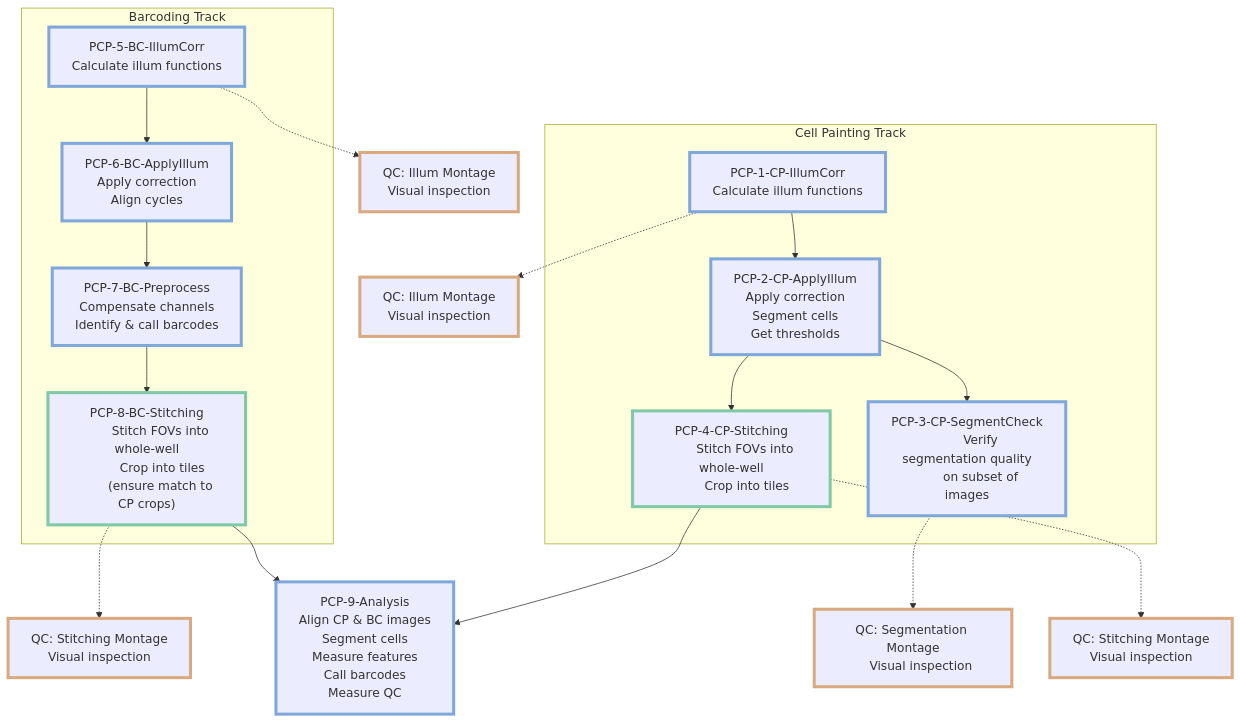
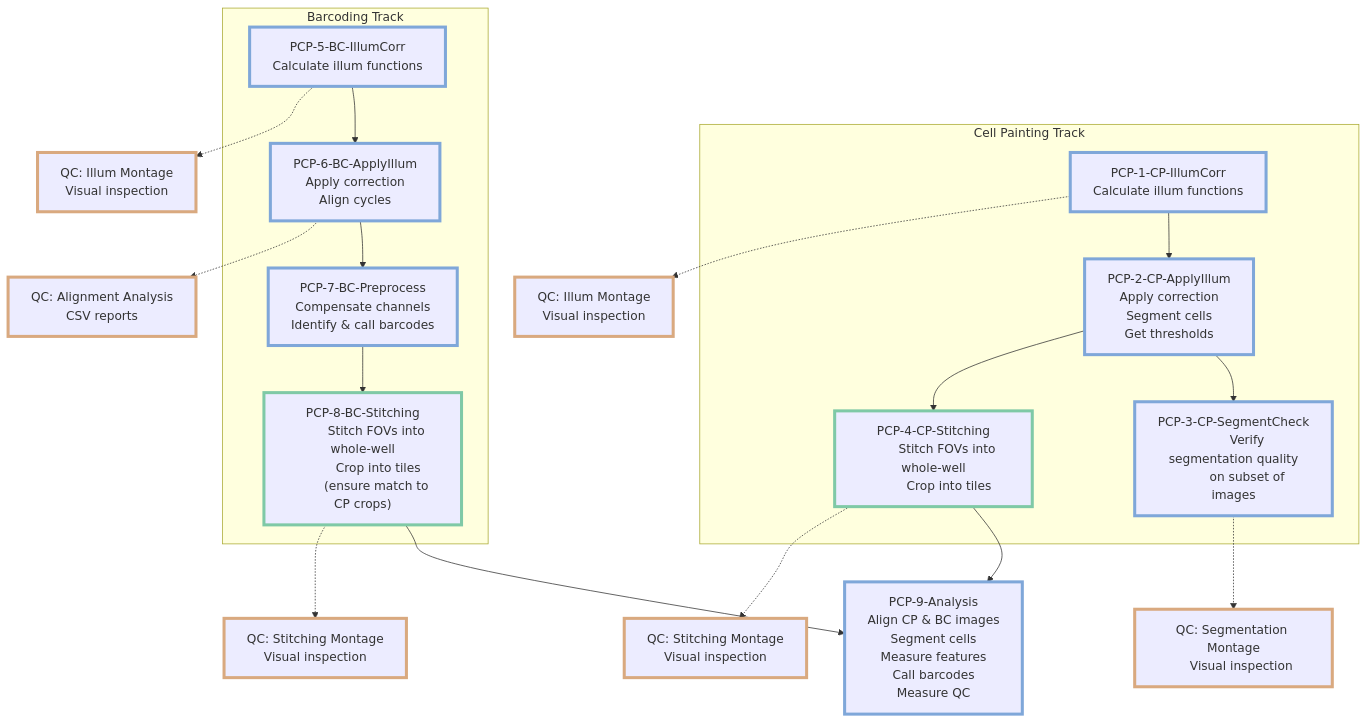
One commit to broadinstitute/nf-pooled-cellpainting-assets changed the diagram in pcpip/README.md. Above: the diagram before and after it, drawn with Mermaid. The commit also changed other lines of this file and 4 other files, not shown here.

First line of the commit message:
feat: add Pipeline 6 QC for barcode alignment analysis

````diff
--- a/pcpip/README.md
+++ b/pcpip/README.md
@@ -100,64 +100,67 @@
 ```mermaid
 flowchart TD
     %% Main pipelines with detailed descriptions
     subgraph "Cell Painting Track"
         PCP1["PCP-1-CP-IllumCorr
         Calculate illum functions"] -->
         PCP2["PCP-2-CP-ApplyIllum
         Apply correction
         Segment cells
         Get thresholds"] -->
         PCP3["PCP-3-CP-SegmentCheck
         Verify segmentation quality
         on subset of images"]
         PCP2 --> PCP4["PCP-4-CP-Stitching
         Stitch FOVs into whole-well
         Crop into tiles"]
     end
 
     subgraph "Barcoding Track"
         PCP5["PCP-5-BC-IllumCorr
         Calculate illum functions"] -->
         PCP6["PCP-6-BC-ApplyIllum
         Apply correction
         Align cycles"] -->
         PCP7["PCP-7-BC-Preprocess
         Compensate channels
         Identify & call barcodes"] -->
         PCP8["PCP-8-BC-Stitching
         Stitch FOVs into whole-well
         Crop into tiles
         (ensure match to CP crops)"]
     end
 
     PCP4 & PCP8 --> PCP9["PCP-9-Analysis
         Align CP & BC images
         Segment cells
         Measure features
         Call barcodes
         Measure QC"]
 
     PCP1 -.-> QC1["QC: Illum Montage
     Visual inspection"]
 
     PCP3 -.-> QC3["QC: Segmentation Montage
     Visual inspection"]
 
     PCP4 -.-> QC4["QC: Stitching Montage
     Visual inspection"]
 
     PCP5 -.-> QC5["QC: Illum Montage
     Visual inspection"]
 
+    PCP6 -.-> QC6["QC: Alignment Analysis
+    CSV reports"]
+
     PCP8 -.-> QC8["QC: Stitching Montage
     Visual inspection"]
 
     %% Processing platforms
     classDef cellprofiler stroke:#7fa7d9,stroke-width:4px;
     classDef fiji stroke:#7fc9a6,stroke-width:4px;
     classDef qc stroke:#d9a97f,stroke-width:4px;
 
     class PCP1,PCP2,PCP3,PCP5,PCP6,PCP7,PCP7A,PCP8Y,PCP9,PCP6A cellprofiler
     class PCP4,PCP8,PCP8Z fiji
-    class QC1,QC3,QC4,QC5,QC8 qc
+    class QC1,QC3,QC4,QC5,QC6,QC8 qc
 ```
````
